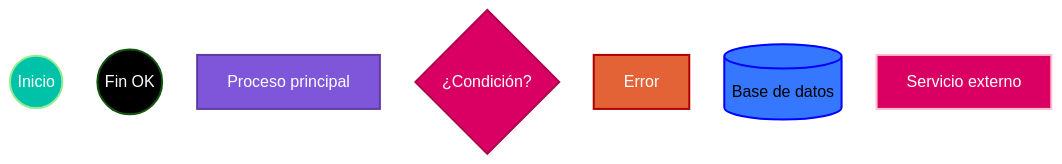
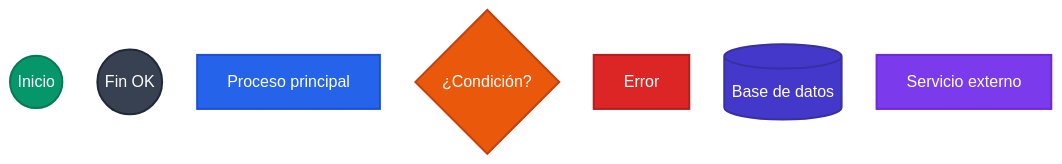
Before and after one commit to Maik3345/projex-toolbet: the first of 3 diagrams in .github/documentation.instructions.md, drawn with Mermaid (forest theme). The commit also changed other lines of this file and 11 other files, not shown here.

````diff
--- a/.github/documentation.instructions.md
+++ b/.github/documentation.instructions.md
@@ -126,20 +126,20 @@
 ```mermaid
 %%{init: { "flowchart": { "defaultRenderer": "elk" } } }%%
 flowchart TB
-    classDef statementClass fill:#7f56d9,color:white,stroke:#5d3ba2,stroke-width:2px
-    classDef conditionalClass fill:#da0063,color:white,stroke:#b0004e,stroke-width:2px
-    classDef inicioClass fill:#00c2a8,color:white,stroke-width:2px,stroke:lightGreen
-    classDef finClass fill:black,color:white,stroke-width:2px
-    classDef rejectClass fill:#e36236,color:white,stroke:#b00000,stroke-width:2px
-    classDef dbClass fill:#3578ff,stroke:blue,stroke-width:2px
-    classDef amazonClass fill:#da0063,stroke:pink,color:white,stroke-width:2px
-    classDef backendClass fill:#7f56d9,color:white,stroke:#5d3ba2,stroke-width:2px
+    classDef statementClass fill:#2563eb,color:white,stroke:#1d4ed8,stroke-width:2px
+    classDef conditionalClass fill:#ea580c,color:white,stroke:#c2410c,stroke-width:2px
+    classDef inicioClass fill:#059669,color:white,stroke:#047857,stroke-width:2px
+    classDef finClass fill:#374151,color:white,stroke:#1f2937,stroke-width:2px
+    classDef rejectClass fill:#dc2626,color:white,stroke:#b91c1c,stroke-width:2px
+    classDef dbClass fill:#4338ca,color:white,stroke:#3730a3,stroke-width:2px
+    classDef amazonClass fill:#7c3aed,color:white,stroke:#6d28d9,stroke-width:2px
+    classDef backendClass fill:#0f766e,color:white,stroke:#115e59,stroke-width:2px
 
     inicio(("Inicio")):::inicioClass
     fin_ok(("Fin OK")):::finClass
     proceso["Proceso principal"]:::statementClass
     decision{"¿Condición?"}:::conditionalClass
     error["Error"]:::rejectClass
     db[(Base de datos)]:::dbClass
     externo["Servicio externo"]:::amazonClass
 ```
````
